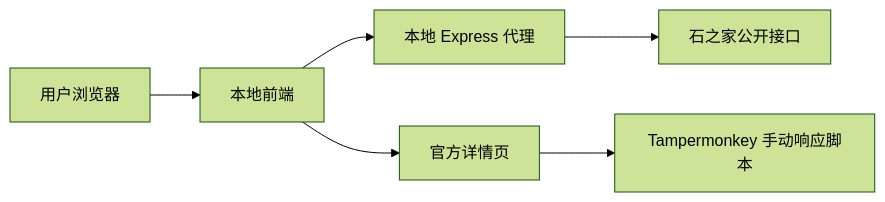
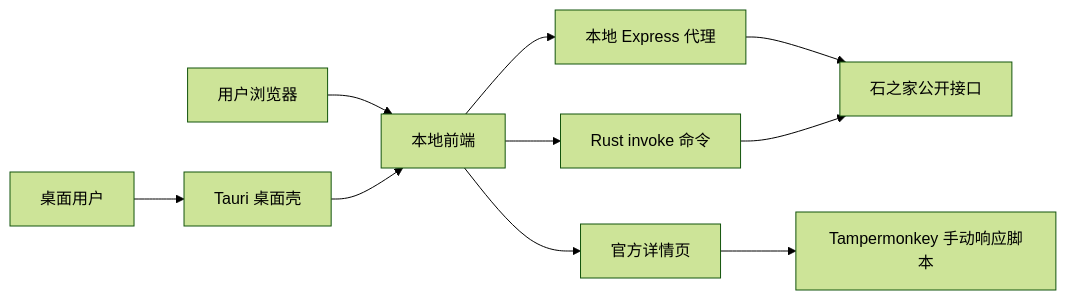
The diagram in docs/architecture.md (today080221/risingstones-partyfinder-helper), drawn with Mermaid (forest theme) before and after one commit. The commit also changed other lines of this file and 15 other files, not shown here.

````diff
--- a/docs/architecture.md
+++ b/docs/architecture.md
@@ -13,8 +14,12 @@
 ```mermaid
 flowchart LR
   User["用户浏览器"] --> Web["本地前端"]
   Web --> Api["本地 Express 代理"]
   Api --> Official["石之家公开接口"]
+  DesktopUser["桌面用户"] --> Tauri["Tauri 桌面壳"]
+  Tauri --> Web
+  Web --> Invoke["Rust invoke 命令"]
+  Invoke --> Official
   Web --> OfficialPage["官方详情页"]
   OfficialPage --> UserScript["Tampermonkey 手动响应脚本"]
 ```
````
